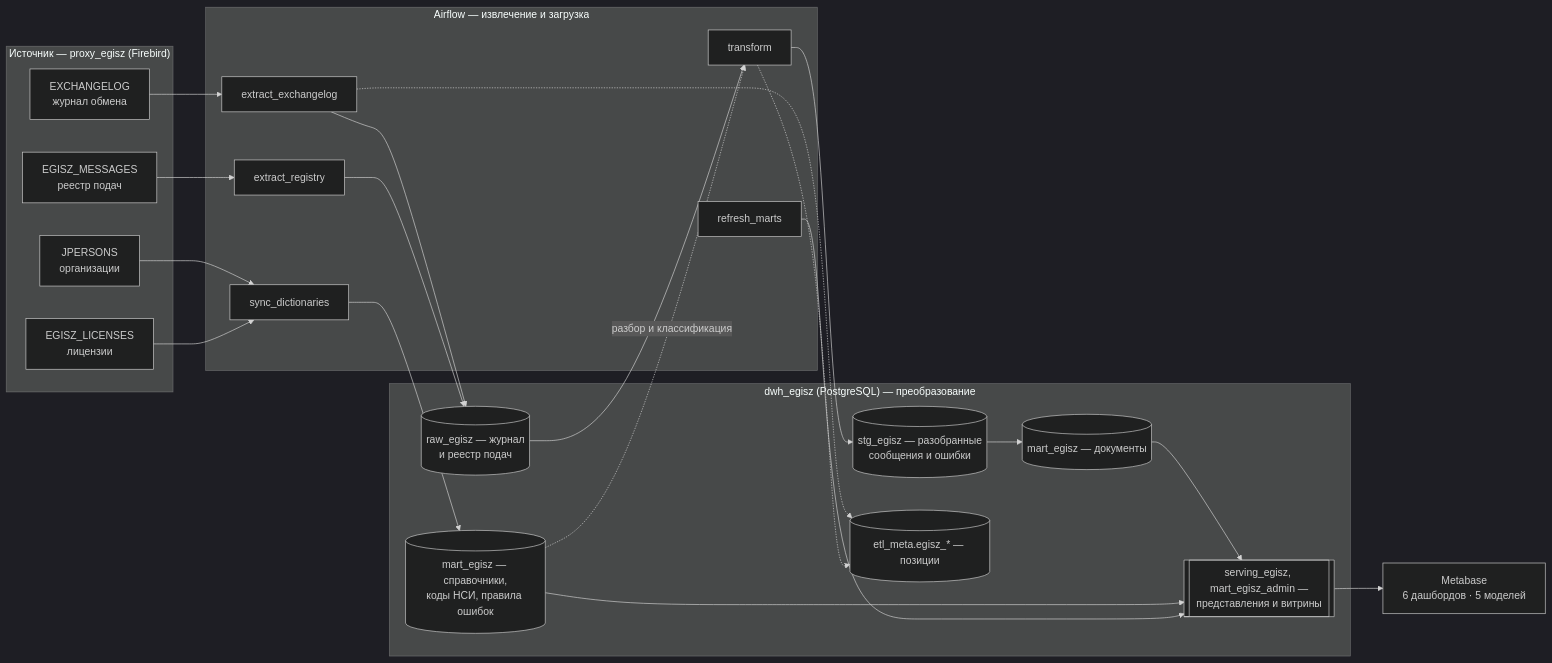
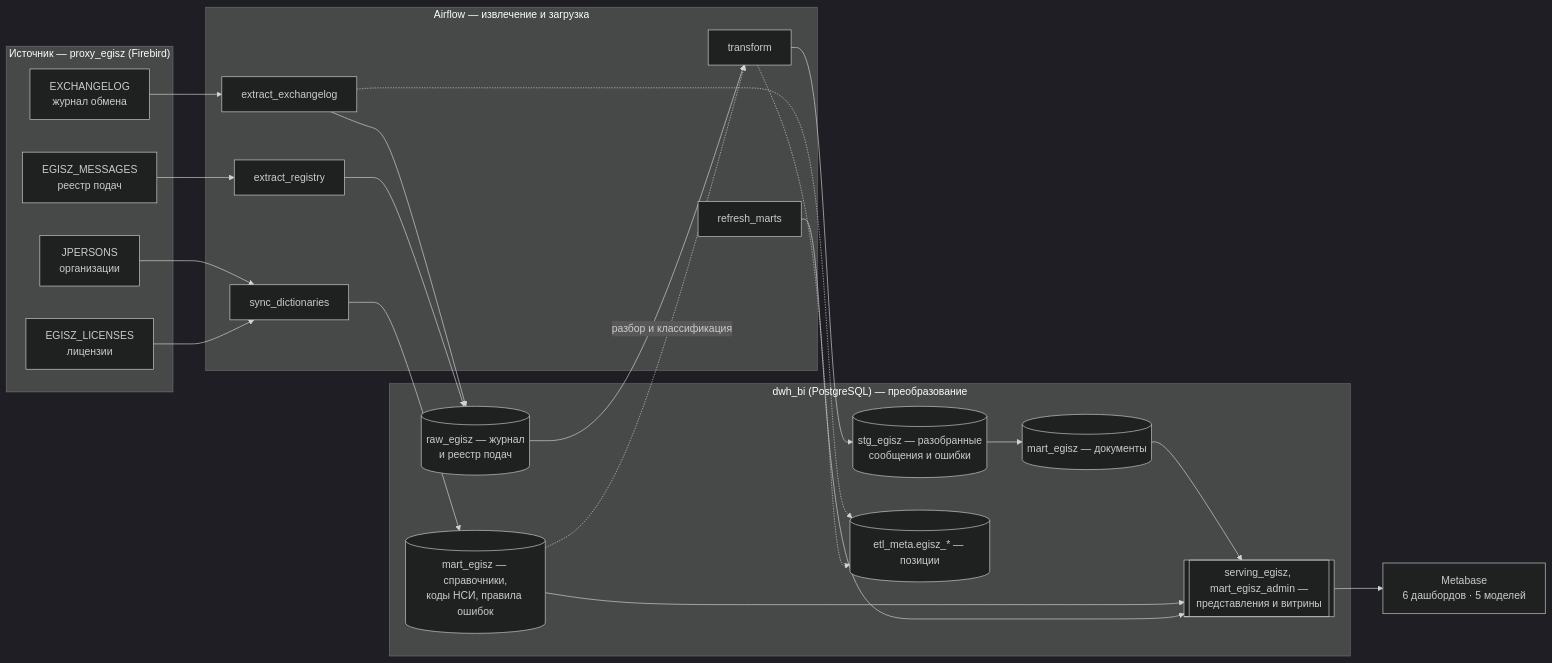
The second of 5 diagrams in README.md (asaf1n/EGISZ-Proxy-Reports-Airflow), drawn with Mermaid (dark theme) before and after one commit. The commit also changed other lines of this file and 31 other files, not shown here.

````diff
--- a/README.md
+++ b/README.md
@@ -94,41 +94,41 @@
 ```mermaid
 flowchart LR
     subgraph SRC["Источник — proxy_egisz (Firebird)"]
         EL[EXCHANGELOG<br/>журнал обмена]
         EM[EGISZ_MESSAGES<br/>реестр подач]
         JP[JPERSONS<br/>организации]
         LIC[EGISZ_LICENSES<br/>лицензии]
     end
 
     subgraph AF["Airflow — извлечение и загрузка"]
         T1[extract_exchangelog]
         T2[extract_registry]
         T3[sync_dictionaries]
         T4[transform]
         T5[refresh_marts]
     end
 
-    subgraph DWH["dwh_egisz (PostgreSQL) — преобразование"]
+    subgraph DWH["dwh_bi (PostgreSQL) — преобразование"]
         RAW[(raw_egisz — журнал<br/>и реестр подач)]
         TX[(stg_egisz — разобранные<br/>сообщения и ошибки)]
         DOC[(mart_egisz — документы)]
         DIM[(mart_egisz — справочники,<br/>коды НСИ, правила ошибок)]
         RPT[[serving_egisz, mart_egisz_admin —<br/>представления и витрины]]
         ST[(etl_meta.egisz_* — позиции)]
     end
 
     MB[Metabase<br/>6 дашбордов · 5 моделей]
 
     EL --> T1 --> RAW
     EM --> T2 --> RAW
     JP --> T3 --> DIM
     LIC --> T3
     RAW --> T4 --> TX --> DOC
     DIM -. разбор и классификация .-> T4
     DOC --> RPT
     DIM --> RPT
     T5 --> RPT
     RPT --> MB
     T1 -.-> ST
     T4 -.-> ST
 ```
````
